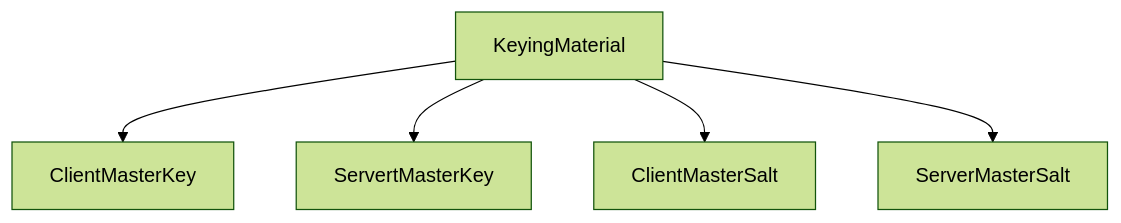
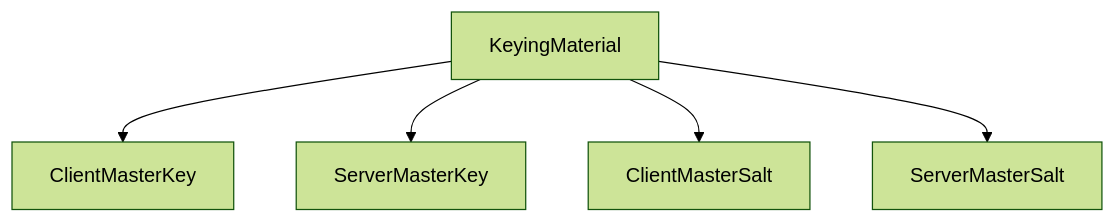
One commit to elixir-webrtc/ex_webrtc changed the second of 2 diagrams in guides/for_developers/fd_encryption.md. Above: the diagram before and after it, drawn with Mermaid (forest theme). The commit also changed 1 other file, not shown here.

````diff
--- a/guides/for_developers/fd_encryption.md
+++ b/guides/for_developers/fd_encryption.md
@@ -116,7 +116,7 @@
     ```mermaid
     flowchart TD
         K["KeyingMaterial"] --> CM["ClientMasterKey"]
-        K --> SM["ServertMasterKey"]
+        K --> SM["ServerMasterKey"]
         K --> CS["ClientMasterSalt"]
         K --> SS["ServerMasterSalt"]
     ```
````
